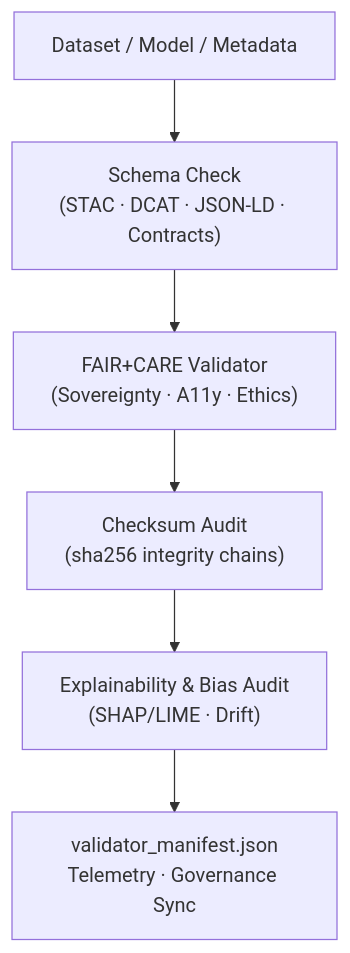
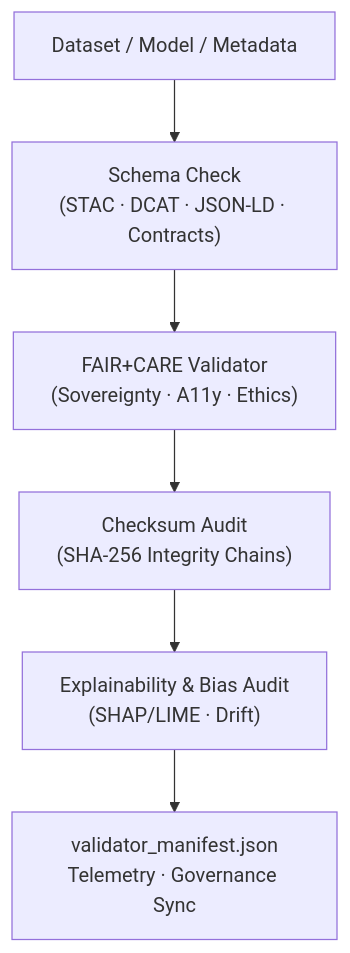
The diagram in tools/validation/README.md (bartytime4life/Kansas-Frontier-Matrix), drawn with Mermaid before and after one commit. The commit also changed other lines of this file, not shown here.

````diff
--- a/tools/validation/README.md
+++ b/tools/validation/README.md
@@ -166,9 +173,9 @@
-~~~~mermaid
+```mermaid
 flowchart TD
   A["Dataset / Model / Metadata"]
     --> B["Schema Check\n(STAC · DCAT · JSON-LD · Contracts)"]
   B --> C["FAIR+CARE Validator\n(Sovereignty · A11y · Ethics)"]
-  C --> D["Checksum Audit\n(sha256 integrity chains)"]
+  C --> D["Checksum Audit\n(SHA-256 Integrity Chains)"]
   D --> E["Explainability & Bias Audit\n(SHAP/LIME · Drift)"]
   E --> F["validator_manifest.json\nTelemetry · Governance Sync"]
-~~~~
+```
````
